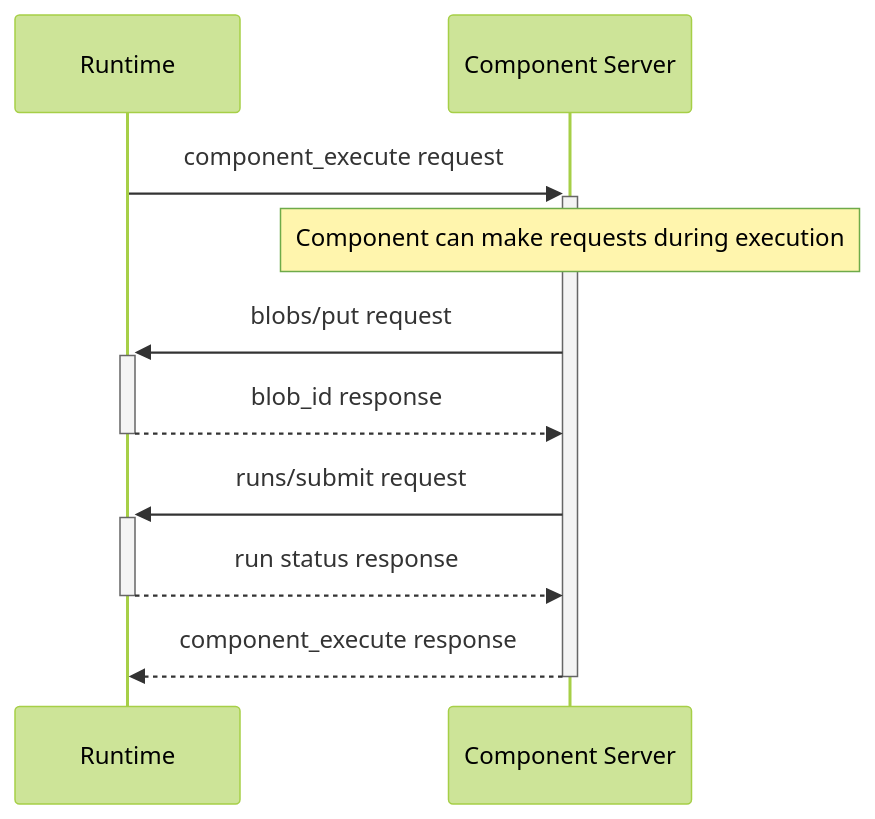
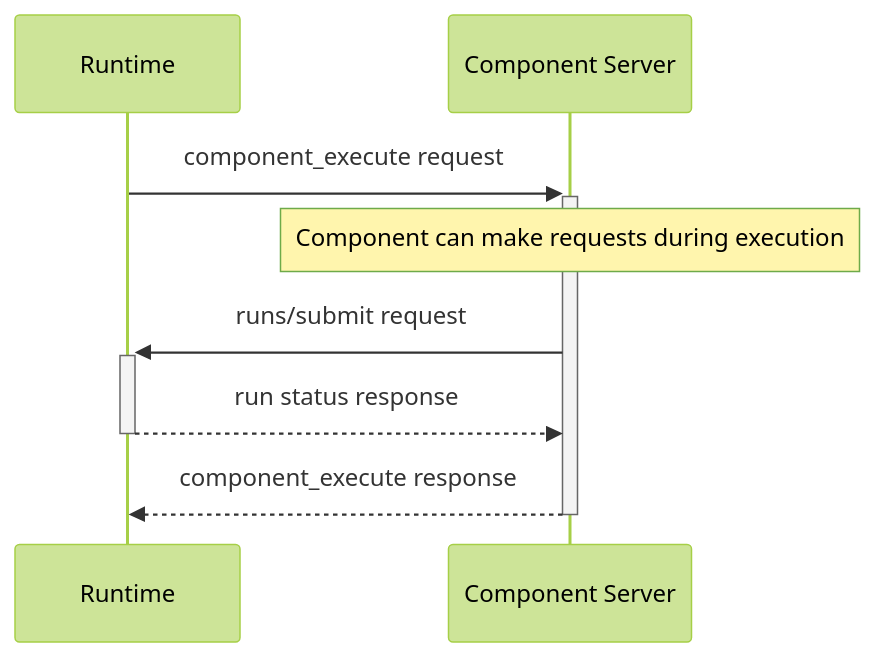
One commit to stepflow-ai/stepflow changed the second of 2 diagrams in docs/docs/protocol/bidirectional.md. Above: the diagram before and after it, drawn with Mermaid (forest theme). The commit also changed other lines of this file and 53 other files, not shown here.

````diff
--- a/docs/docs/protocol/bidirectional.md
+++ b/docs/docs/protocol/bidirectional.md
@@ -33,16 +36,14 @@
 ```mermaid
 sequenceDiagram
     participant R as Runtime
     participant S as Component Server
 
     R->>+S: component_execute request
 
     Note over S: Component can make requests during execution
-    S->>+R: blobs/put request
-    R-->>-S: blob_id response
 
     S->>+R: runs/submit request
     R-->>-S: run status response
 
     S-->>-R: component_execute response
 ```
````
